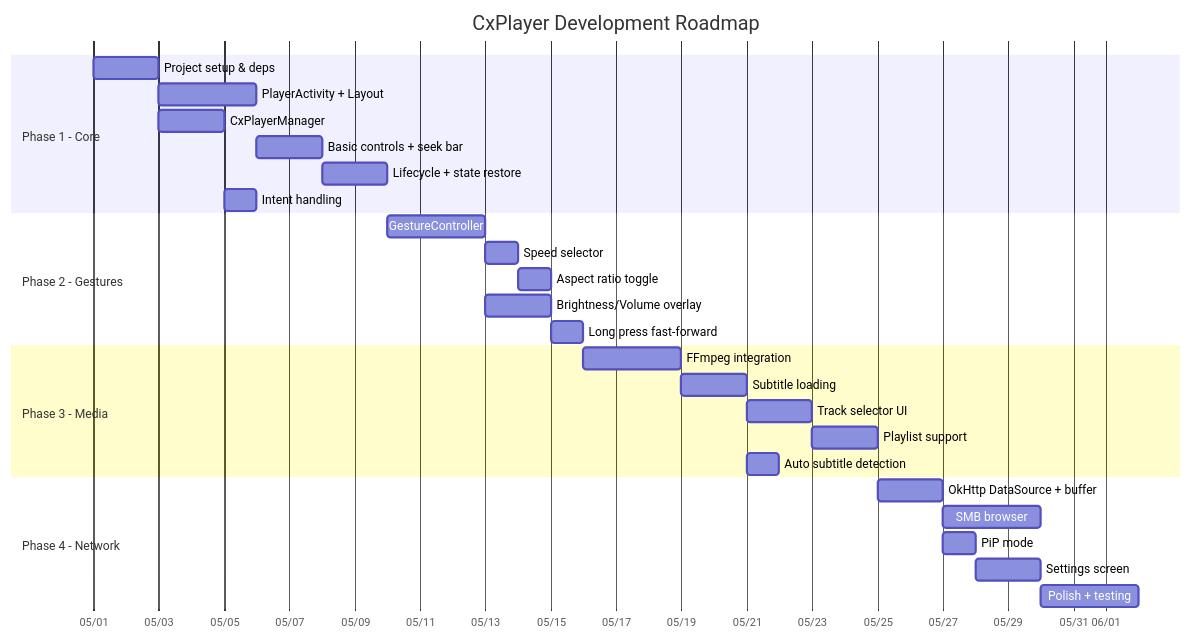
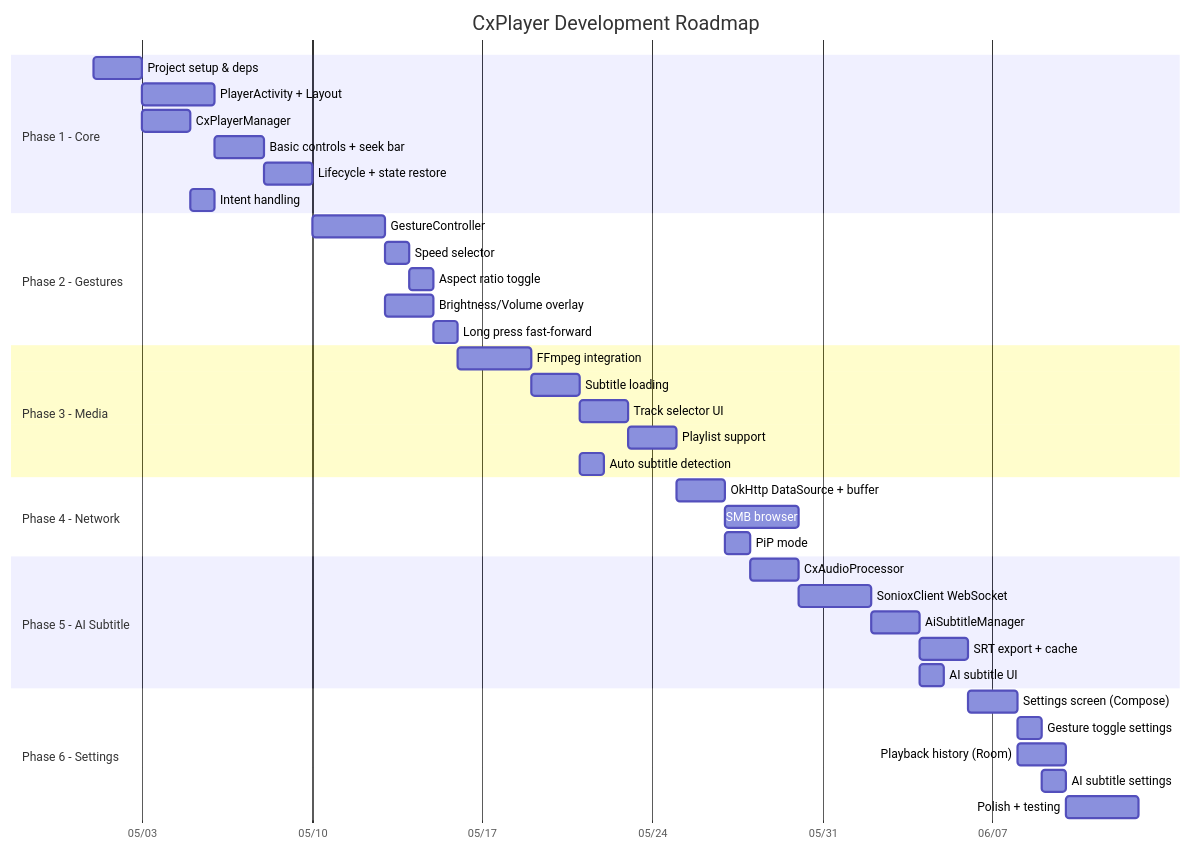
Before and after one commit to mraztrea/CxPlayer: the diagram in video_player_specs.md, drawn with Mermaid. The commit also changed other lines of this file and 2 other files, not shown here.

````diff
--- a/video_player_specs.md
+++ b/video_player_specs.md
@@ -563,35 +771,47 @@
 ```mermaid
 gantt
     title CxPlayer Development Roadmap
     dateFormat YYYY-MM-DD
     axisFormat %m/%d
 
     section Phase 1 - Core
     Project setup & deps       :p1a, 2026-05-01, 2d
     PlayerActivity + Layout    :p1b, after p1a, 3d
     CxPlayerManager            :p1c, after p1a, 2d
     Basic controls + seek bar  :p1d, after p1b, 2d
     Lifecycle + state restore  :p1e, after p1d, 2d
     Intent handling            :p1f, after p1c, 1d
 
     section Phase 2 - Gestures
     GestureController          :p2a, after p1e, 3d
     Speed selector             :p2b, after p2a, 1d
     Aspect ratio toggle        :p2c, after p2b, 1d
     Brightness/Volume overlay  :p2d, after p2a, 2d
     Long press fast-forward    :p2e, after p2d, 1d
 
     section Phase 3 - Media
     FFmpeg integration         :p3a, after p2e, 3d
     Subtitle loading           :p3b, after p3a, 2d
     Track selector UI          :p3c, after p3b, 2d
     Playlist support           :p3d, after p3c, 2d
     Auto subtitle detection    :p3e, after p3b, 1d
 
     section Phase 4 - Network
     OkHttp DataSource + buffer :p4a, after p3d, 2d
     SMB browser                :p4b, after p4a, 3d
     PiP mode                   :p4c, after p4a, 1d
-    Settings screen            :p4d, after p4c, 2d
-    Polish + testing           :p4e, after p4d, 3d
+
+    section Phase 5 - AI Subtitle
+    CxAudioProcessor           :p5a, after p4c, 2d
+    SonioxClient WebSocket     :p5b, after p5a, 3d
+    AiSubtitleManager          :p5c, after p5b, 2d
+    SRT export + cache         :p5d, after p5c, 2d
+    AI subtitle UI             :p5e, after p5c, 1d
+
+    section Phase 6 - Settings
+    Settings screen (Compose)  :p6a, after p5d, 2d
+    Gesture toggle settings    :p6b, after p6a, 1d
+    Playback history (Room)    :p6c, after p6a, 2d
+    AI subtitle settings       :p6d, after p6b, 1d
+    Polish + testing           :p6e, after p6d, 3d
 ```
````
